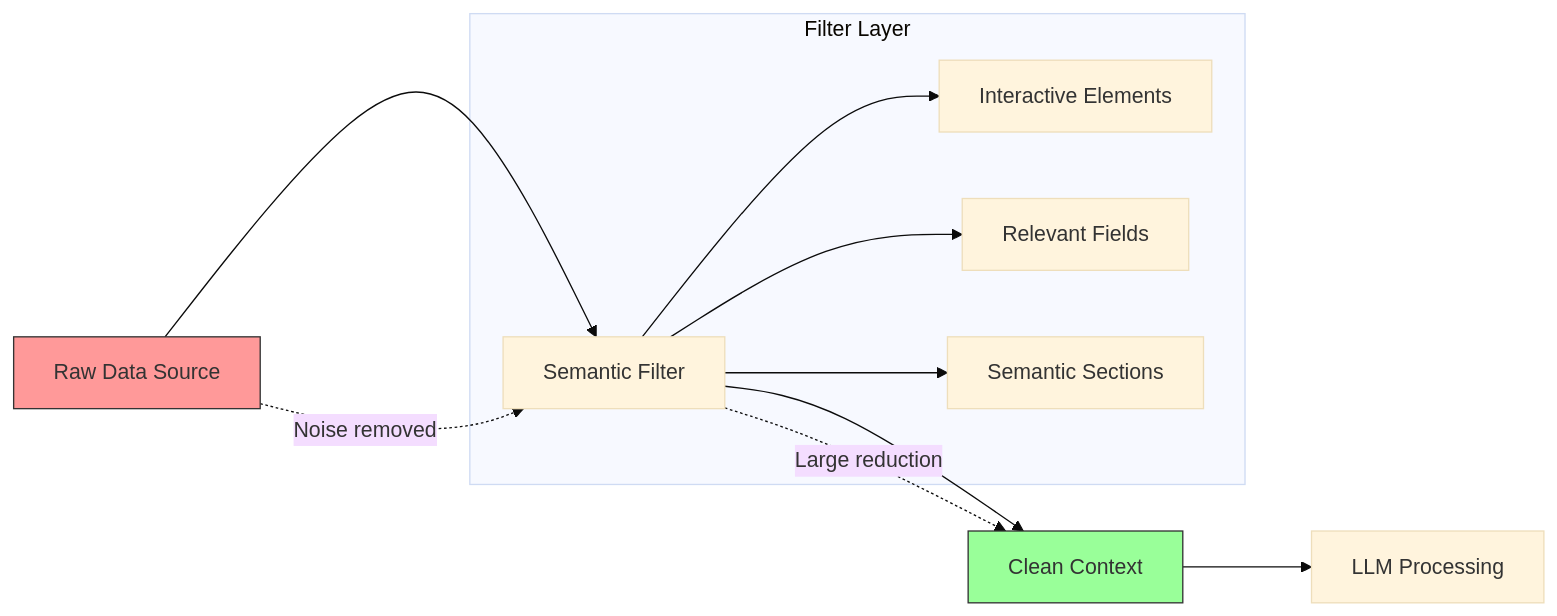
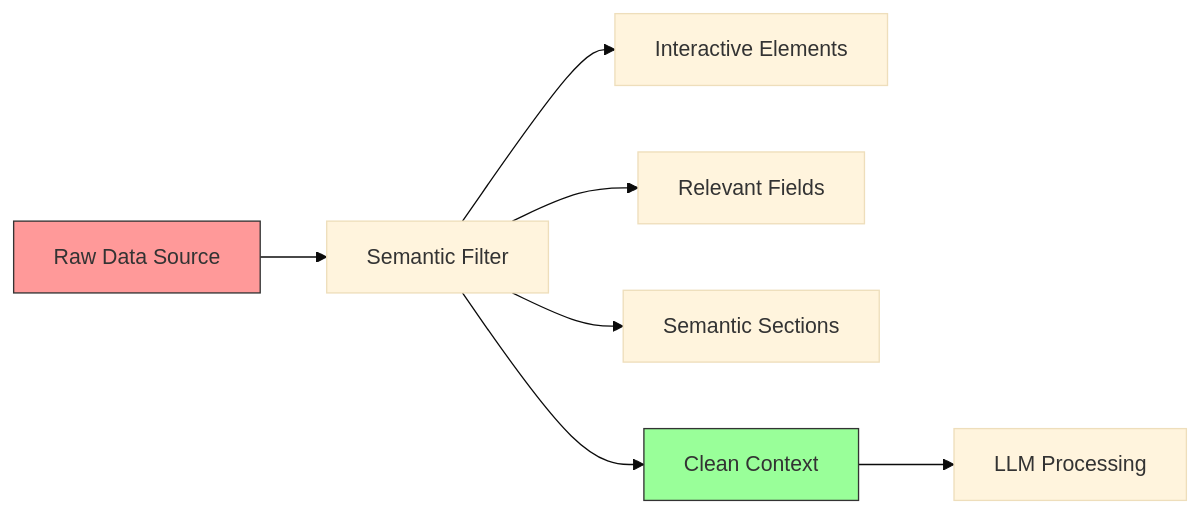
The diagram in patterns/semantic-context-filtering.md (nibzard/awesome-agentic-patterns), drawn with Mermaid (base theme) before and after one commit. The commit also changed other lines of this file and 820 other files, not shown here.

````diff
--- a/patterns/semantic-context-filtering.md
+++ b/patterns/semantic-context-filtering.md
@@ -236,19 +105,11 @@
 ```mermaid
 graph LR
     A[Raw Data Source] --> B[Semantic Filter]
+    B --> D[Interactive Elements]
+    B --> E[Relevant Fields]
+    B --> F[Semantic Sections]
     B --> C[Clean Context]
-
-    subgraph "Filter Layer"
-        B --> D[Interactive Elements]
-        B --> E[Relevant Fields]
-        B --> F[Semantic Sections]
-    end
-
     C --> G[LLM Processing]
-
-    A -. "Noise removed" .-> B
-    B -. "Large reduction" .-> C
-
+    style A fill:#f99,stroke:#333
     style C fill:#9f9,stroke:#333
-    style A fill:#f99,stroke:#333
 ```
````
